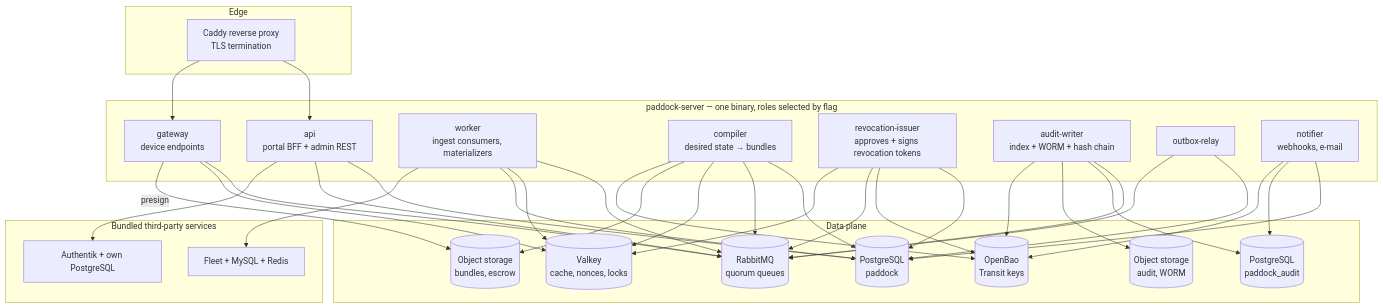
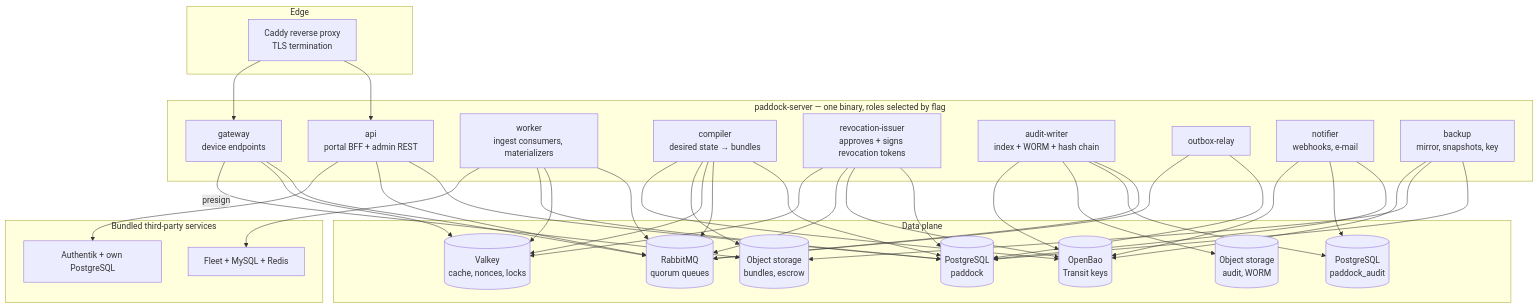
Before and after one commit to phischl/paddock-mdm: the second of 19 diagrams in docs/architecture.md, drawn with Mermaid. The commit also changed other lines of this file and 597 other files, not shown here.

````diff
--- a/docs/architecture.md
+++ b/docs/architecture.md
@@ -187,63 +187,67 @@
 ```mermaid
 flowchart TB
   subgraph edge[Edge]
     proxy[Caddy reverse proxy<br/>TLS termination]
   end
 
   subgraph srv[paddock-server — one binary, roles selected by flag]
     api[api<br/>portal BFF + admin REST]
     gw[gateway<br/>device endpoints]
     wrk[worker<br/>ingest consumers, materializers]
     cmp[compiler<br/>desired state → bundles]
     rev[revocation-issuer<br/>approves + signs revocation tokens]
     aud[audit-writer<br/>index + WORM + hash chain]
     outbox[outbox-relay]
     ntf[notifier<br/>webhooks, e-mail]
+    bkr[backup<br/>mirror, snapshots, key]
   end
 
   subgraph data[Data plane]
     pg[(PostgreSQL<br/>paddock)]
     pga[(PostgreSQL<br/>paddock_audit)]
     mq[(RabbitMQ<br/>quorum queues)]
     vk[(Valkey<br/>cache, nonces, locks)]
     s3b[(Object storage<br/>bundles, escrow)]
     s3a[(Object storage<br/>audit, WORM)]
     bao[(OpenBao<br/>Transit keys)]
   end
 
   subgraph ext[Bundled third-party services]
     ak[Authentik + own PostgreSQL]
     fl[Fleet + MySQL + Redis]
   end
 
   proxy --> api
   proxy --> gw
   api --> pg
   api --> mq
   api --> ak
   gw --> mq
   gw --> vk
   gw -->|presign| s3b
   outbox --> pg
   outbox --> mq
   wrk --> mq
   wrk --> vk
   wrk --> pg
   wrk --> fl
   cmp --> pg
   cmp --> mq
   cmp --> vk
   cmp --> s3b
   cmp --> bao
   rev --> pg
   rev --> bao
   rev --> mq
   rev --> vk
   aud --> mq
   aud --> pga
   aud --> s3a
   aud --> bao
   ntf --> pg
   ntf --> pga
+  bkr --> pg
+  bkr --> s3b
+  bkr --> bao
   ntf --> bao
 ```
````
